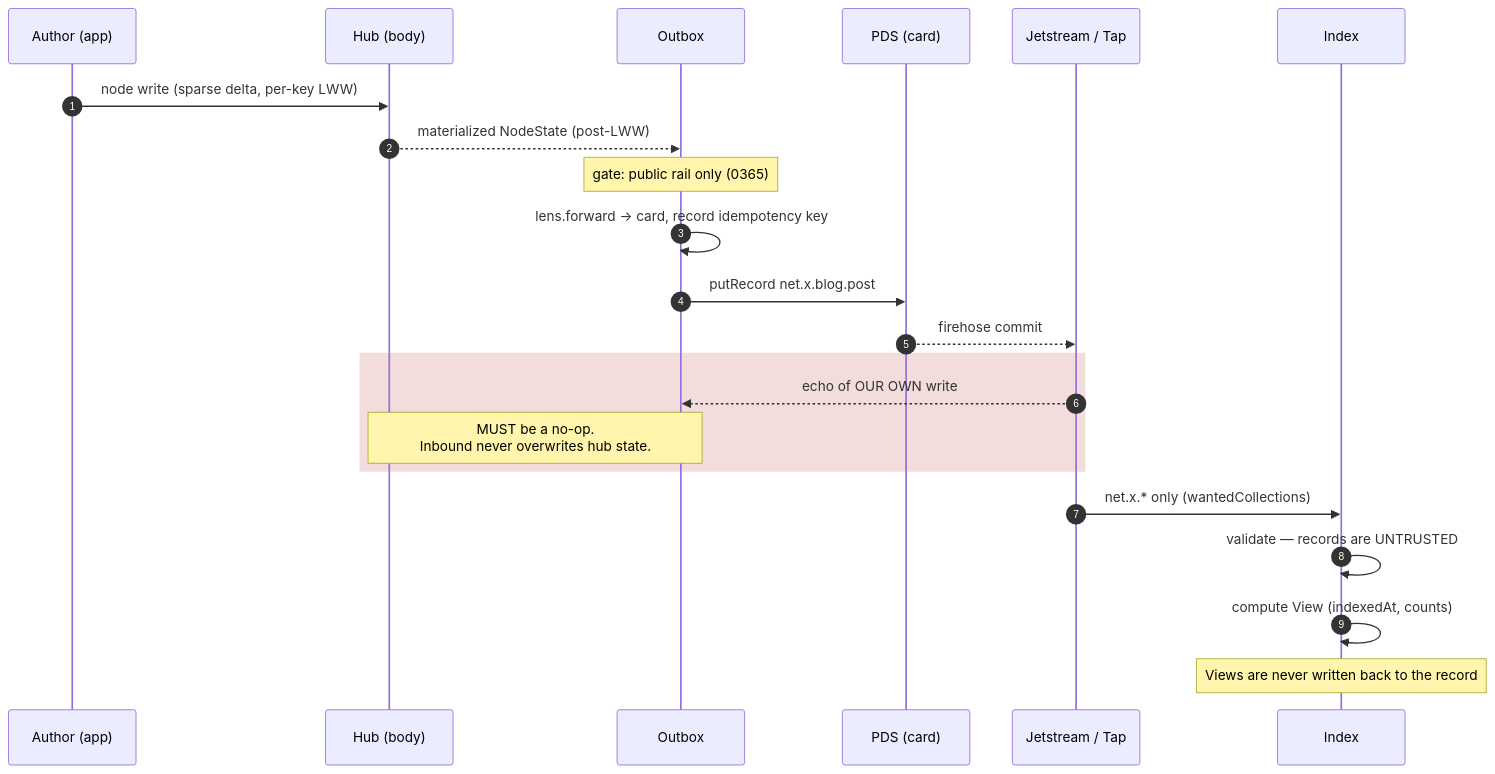
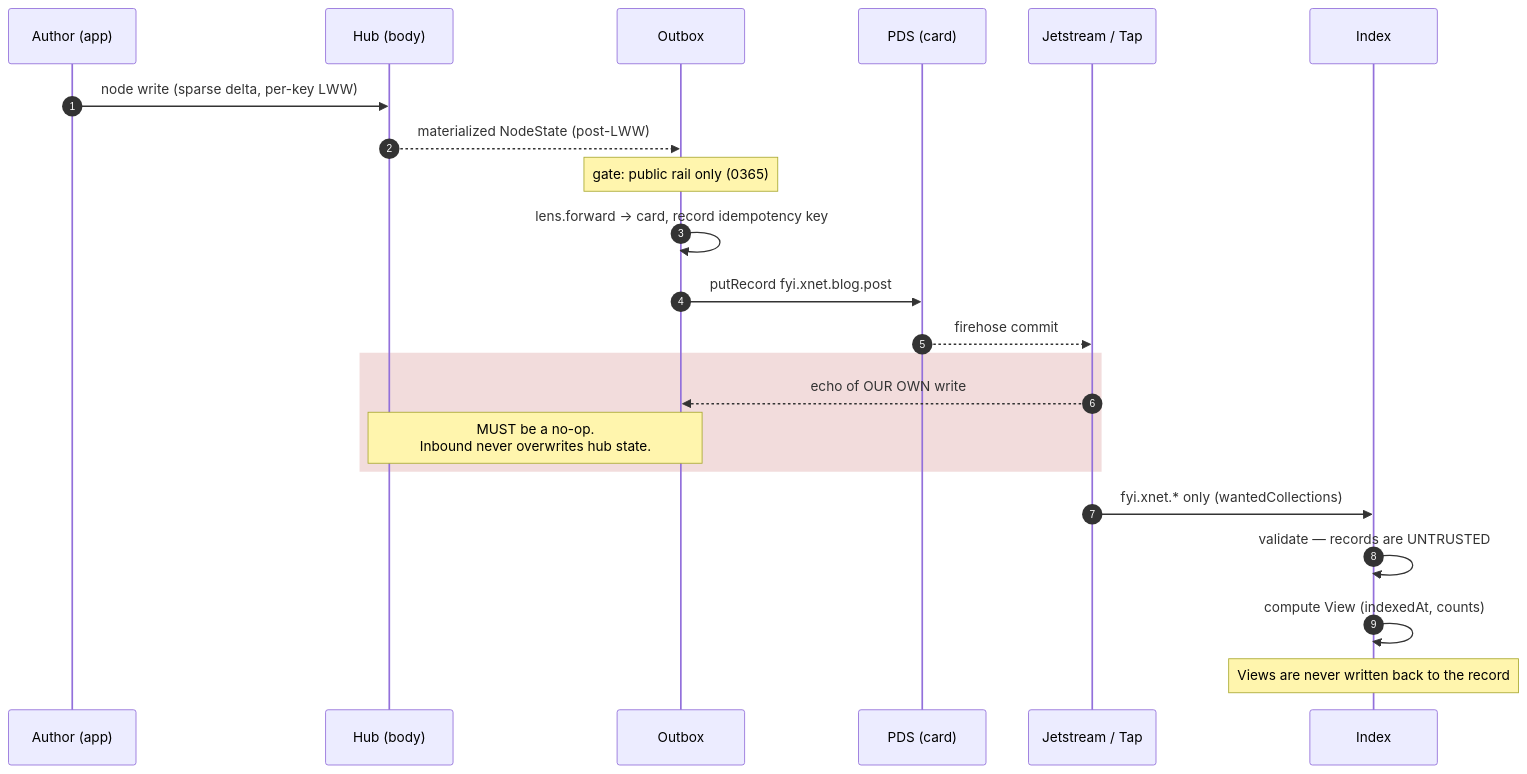
One commit to crs48/xNet changed the third of 3 diagrams in docs/explorations/0367_[_]_THE_XNET_INDEX_THE_PROJECTION_MODEL_THE_CARD_AND_THE_BODY.md. Above: the diagram before and after it, drawn with Mermaid. The commit also changed other lines of this file and 5 other files, not shown here.

````diff
--- a/docs/explorations/0367_[_]_THE_XNET_INDEX_THE_PROJECTION_MODEL_THE_CARD_AND_THE_BODY.md
+++ b/docs/explorations/0367_[_]_THE_XNET_INDEX_THE_PROJECTION_MODEL_THE_CARD_AND_THE_BODY.md
@@ -627,25 +633,25 @@
 ```mermaid
 sequenceDiagram
     autonumber
     participant A as Author (app)
     participant H as Hub (body)
     participant O as Outbox
     participant P as PDS (card)
     participant J as Jetstream / Tap
     participant I as Index
 
     A->>H: node write (sparse delta, per-key LWW)
     H-->>O: materialized NodeState (post-LWW)
     Note over O: gate: public rail only (0365)
     O->>O: lens.forward → card, record idempotency key
-    O->>P: putRecord net.x.blog.post
+    O->>P: putRecord fyi.xnet.blog.post
     P-->>J: firehose commit
     rect rgba(180,60,60,.18)
     J-->>O: echo of OUR OWN write
     Note over O,H: MUST be a no-op.<br/>Inbound never overwrites hub state.
     end
-    J->>I: net.x.* only (wantedCollections)
+    J->>I: fyi.xnet.* only (wantedCollections)
     I->>I: validate — records are UNTRUSTED
     I->>I: compute View (indexedAt, counts)
     Note over I: Views are never written back to the record
 ```
````
